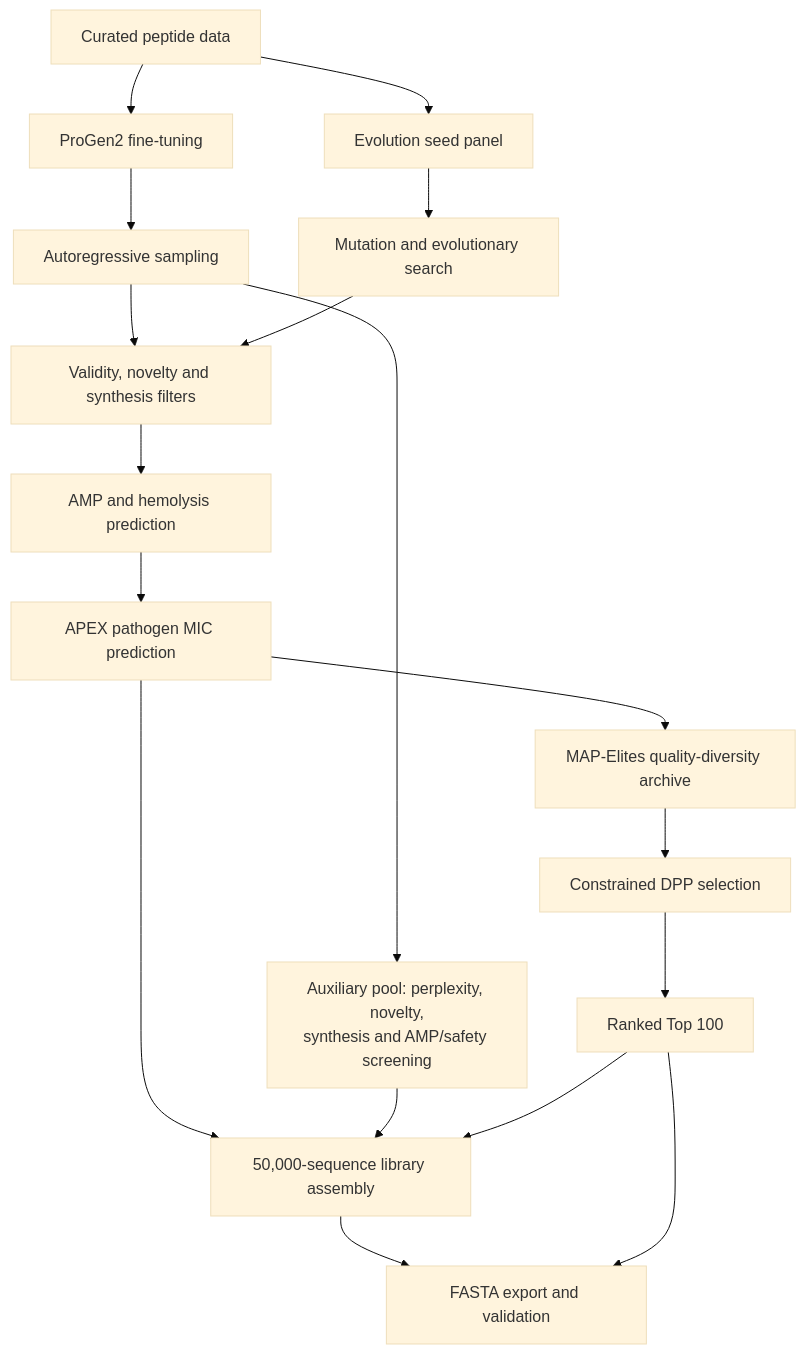
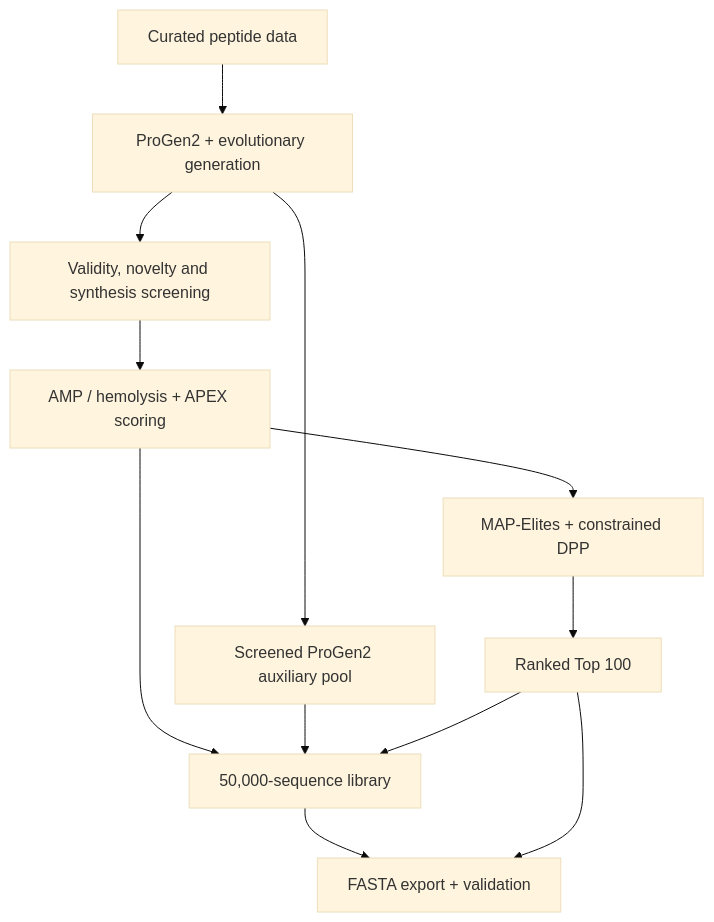
The diagram in README.md (RishyanthReddy/amp-challenge-public), drawn with Mermaid (base theme) before and after one commit.

Commit message:
Simplify overview diagram for readable GitHub rendering

````diff
--- a/README.md
+++ b/README.md
@@ -37,20 +37,14 @@
 ```mermaid
 flowchart TD
-    D[Curated peptide data] --> P[ProGen2 fine-tuning]
-    D --> S[Evolution seed panel]
-    P --> A[Autoregressive sampling]
-    S --> E[Mutation and evolutionary search]
-    A --> F[Validity, novelty and synthesis filters]
-    E --> F
-    F --> R[AMP and hemolysis prediction]
-    R --> M[APEX pathogen MIC prediction]
-    M --> Q[MAP-Elites quality-diversity archive]
-    Q --> K[Constrained DPP selection]
-    K --> T[Ranked Top 100]
-    A --> U["Auxiliary pool: perplexity, novelty,<br/>synthesis and AMP/safety screening"]
-    M --> L[50,000-sequence library assembly]
-    U --> L
+    D[Curated peptide data] --> G[ProGen2 + evolutionary generation]
+    G --> S[Validity, novelty and synthesis screening]
+    S --> R[AMP / hemolysis + APEX scoring]
+    R --> Q[MAP-Elites + constrained DPP]
+    Q --> T[Ranked Top 100]
+    G --> A[Screened ProGen2 auxiliary pool]
+    R --> L[50,000-sequence library]
+    A --> L
     T --> L
-    L --> V[FASTA export and validation]
+    L --> V[FASTA export + validation]
     T --> V
 ```
````
